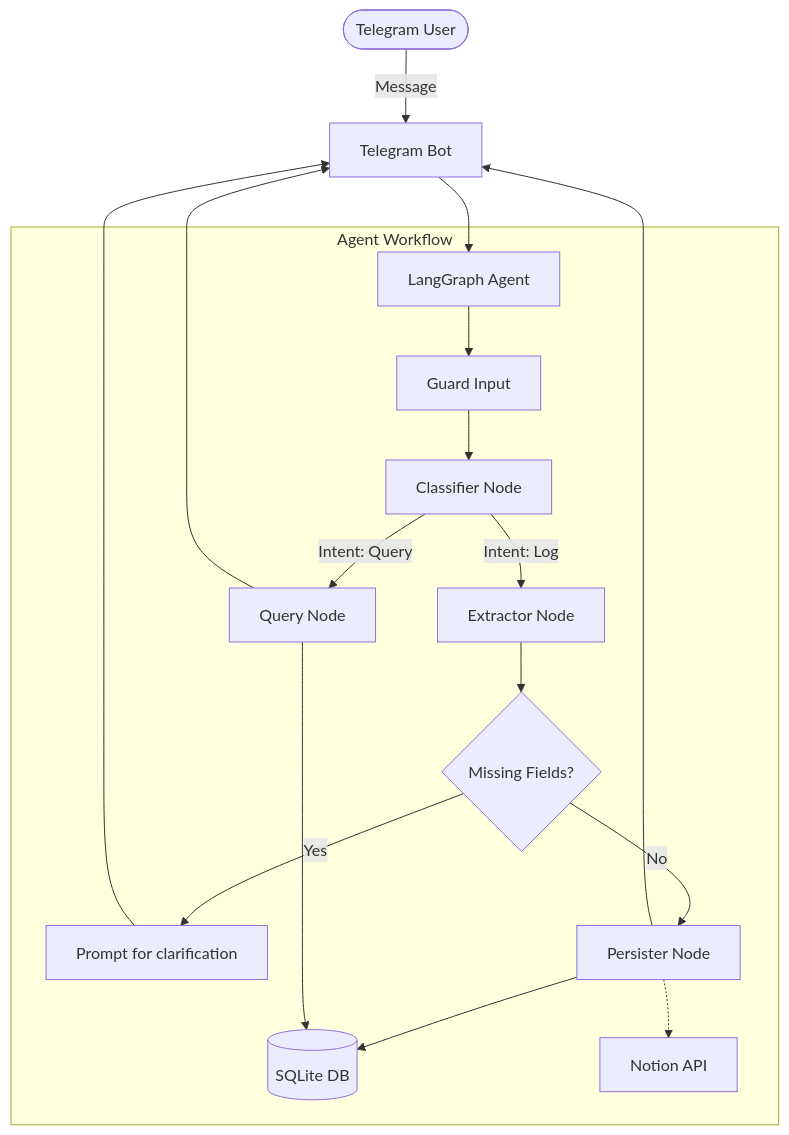
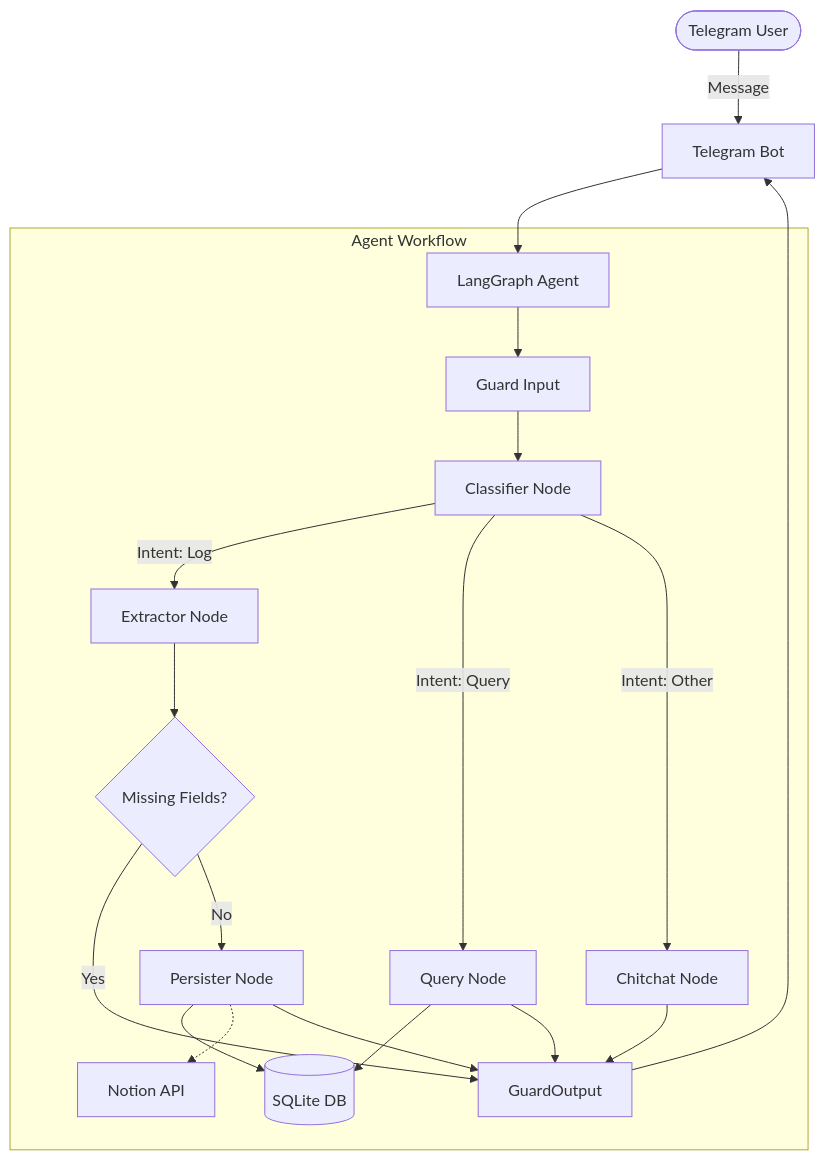
The diagram in README.md (vaibhavd030/My-Tele-PA), drawn with Mermaid before and after one commit. The commit also changed other lines of this file, not shown here.

Commit message:
docs: heavily update README with current architecture, features, examples, and file descriptions

````diff
--- a/README.md
+++ b/README.md
@@ -25,24 +28,28 @@
 ```mermaid
 graph TD
     User([Telegram User]) -->|Message| Bot[Telegram Bot]
     Bot --> Graph[LangGraph Agent]
     
     subgraph Agent Workflow
         Graph --> GuardInput[Guard Input]
         GuardInput --> Classify[Classifier Node]
+        
         Classify -- "Intent: Log" --> Extract[Extractor Node]
         Classify -- "Intent: Query" --> Query[Query Node]
+        Classify -- "Intent: Other" --> Chitchat[Chitchat Node]
         
         Extract --> CheckMissing{Missing Fields?}
-        CheckMissing -- "Yes" --> AskUser[Prompt for clarification]
+        CheckMissing -- "Yes" --> GuardOutput
         CheckMissing -- "No" --> Persist[Persister Node]
         
         Persist --> Storage[(SQLite DB)]
         Persist -.-> Notion[Notion API]
+        
         Query --> Storage
+        Query --> GuardOutput
+        Chitchat --> GuardOutput
+        Persist --> GuardOutput
     end
     
-    AskUser --> Bot
-    Persist --> Bot
-    Query --> Bot
+    GuardOutput --> Bot
 ```
````
